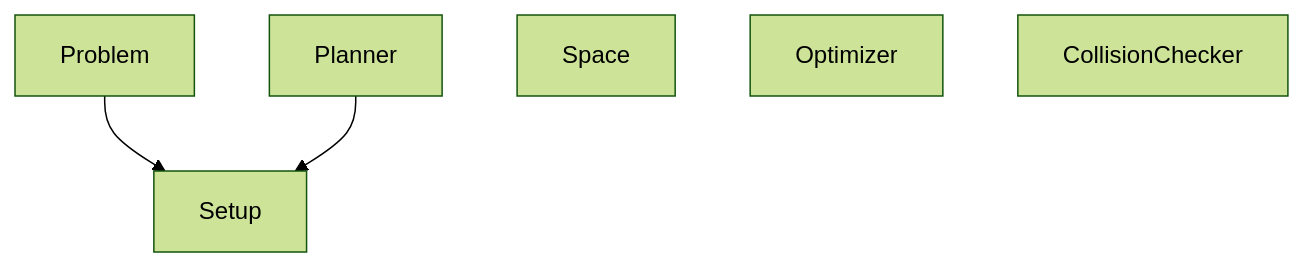
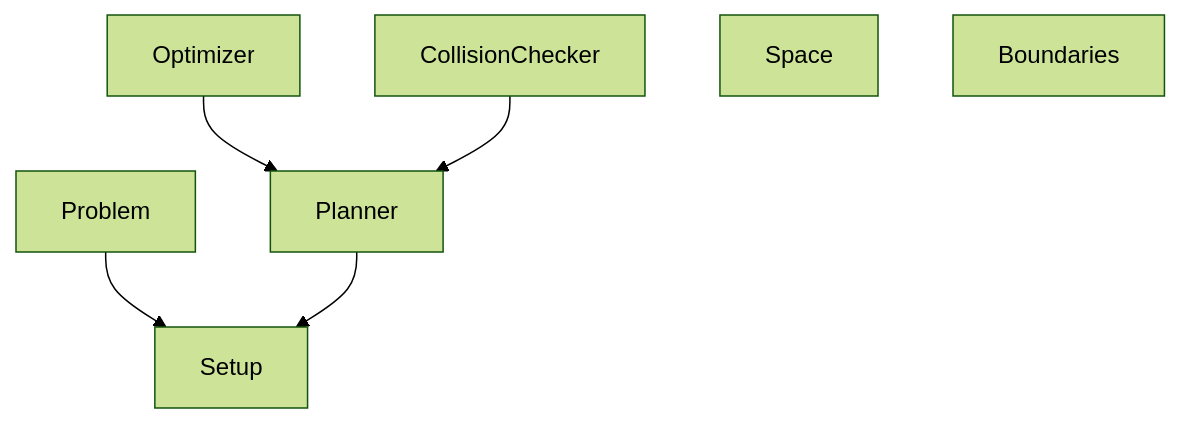
The diagram in docs/Overview.md (cramke/motion_planning), drawn with Mermaid (forest theme) before and after one commit.

````diff
--- a/docs/Overview.md
+++ b/docs/Overview.md
@@ -1,8 +1,9 @@
-::: mermaid
+```mermaid
 graph TD;
     Problem-->Setup;
     Planner-->Setup;
+    Optimizer-->Planner;
+    CollisionChecker-->Planner;
     Space;
-    Optimizer;
-    CollisionChecker;
-:::
+    Boundaries;
+```
````
